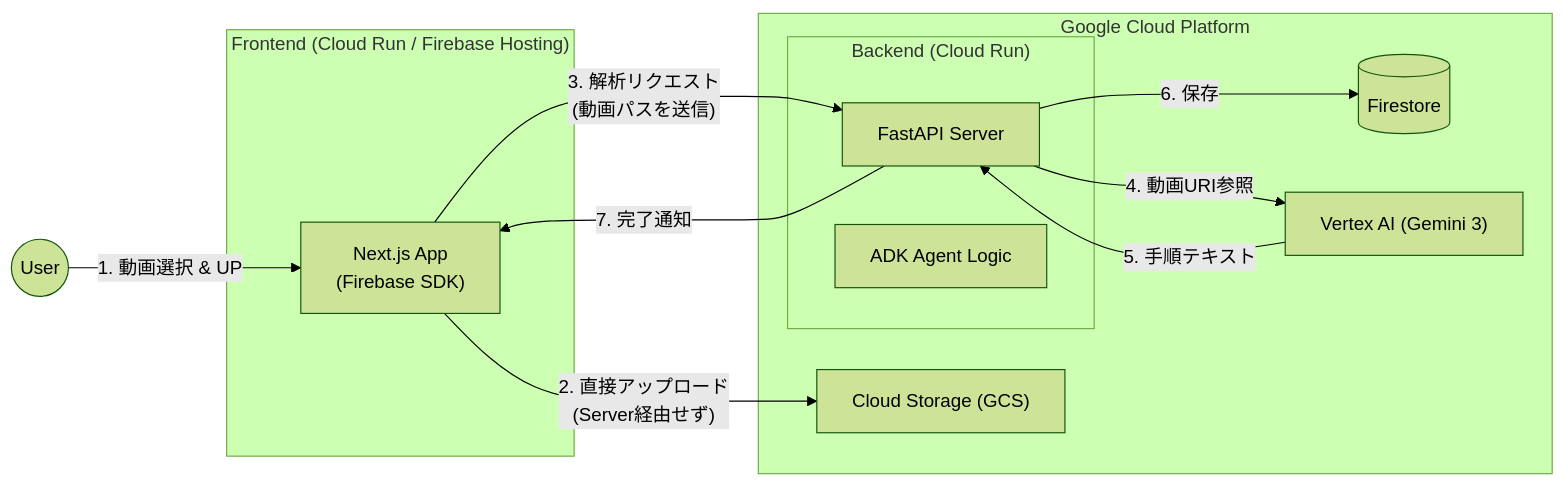
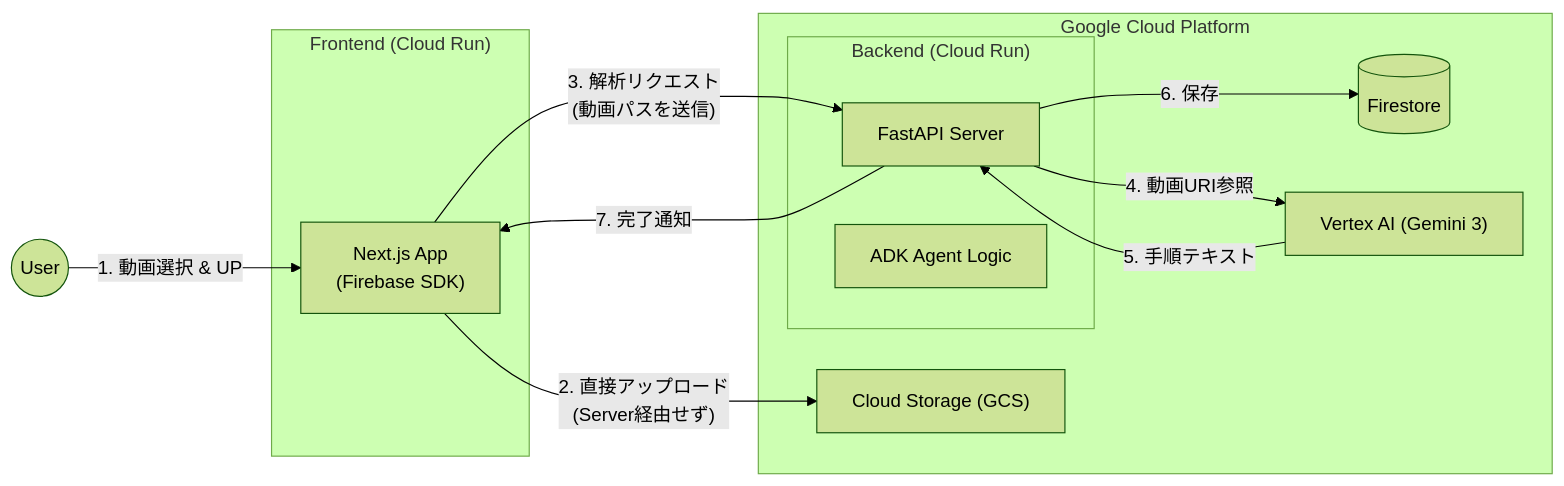
The first of 3 diagrams in docs/設計書.md (Koichi73/zenn-hackathon-vol4), drawn with Mermaid (forest theme) before and after one commit. The commit also changed other lines of this file and 1 other file, not shown here.

Commit message:
upd:フロントエンドのデプロイ資料を更新（firebase hosting→cloud run)

````diff
--- a/docs/設計書.md
+++ b/docs/設計書.md
@@ -72,28 +75,28 @@
 ```mermaid
 graph LR
     User((User))
     
-    subgraph Frontend ["Frontend (Cloud Run / Firebase Hosting)"]
+    subgraph Frontend ["Frontend (Cloud Run)"]
         NextJS["Next.js App<br/>(Firebase SDK)"]
     end
 
     subgraph Google_Cloud ["Google Cloud Platform"]
         subgraph Backend ["Backend (Cloud Run)"]
             FastAPI[FastAPI Server]
             ADK[ADK Agent Logic]
         end
         
         Storage["Cloud Storage (GCS)"]
         DB[(Firestore)]
         Gemini["Vertex AI (Gemini 3)"]
     end
 
     %% 詳細なフロー
     User -- 1. 動画選択 & UP --> NextJS
     NextJS -- 2. 直接アップロード<br/>(Server経由せず) --> Storage
     NextJS -- 3. 解析リクエスト<br/>(動画パスを送信) --> FastAPI
     FastAPI -- 4. 動画URI参照 --> Gemini
     Gemini -- 5. 手順テキスト --> FastAPI
     FastAPI -- 6. 保存 --> DB
     FastAPI -- 7. 完了通知 --> NextJS
 ```
````
